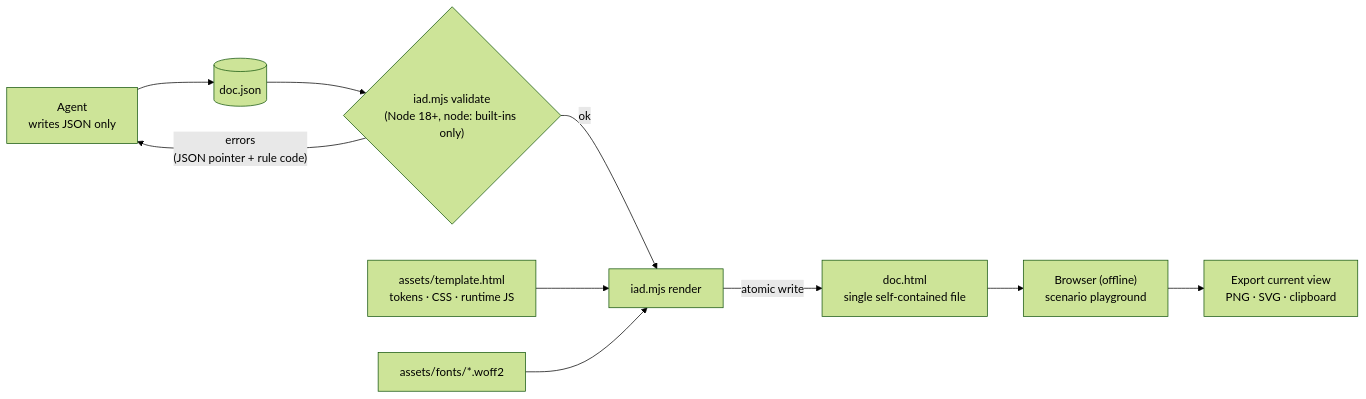
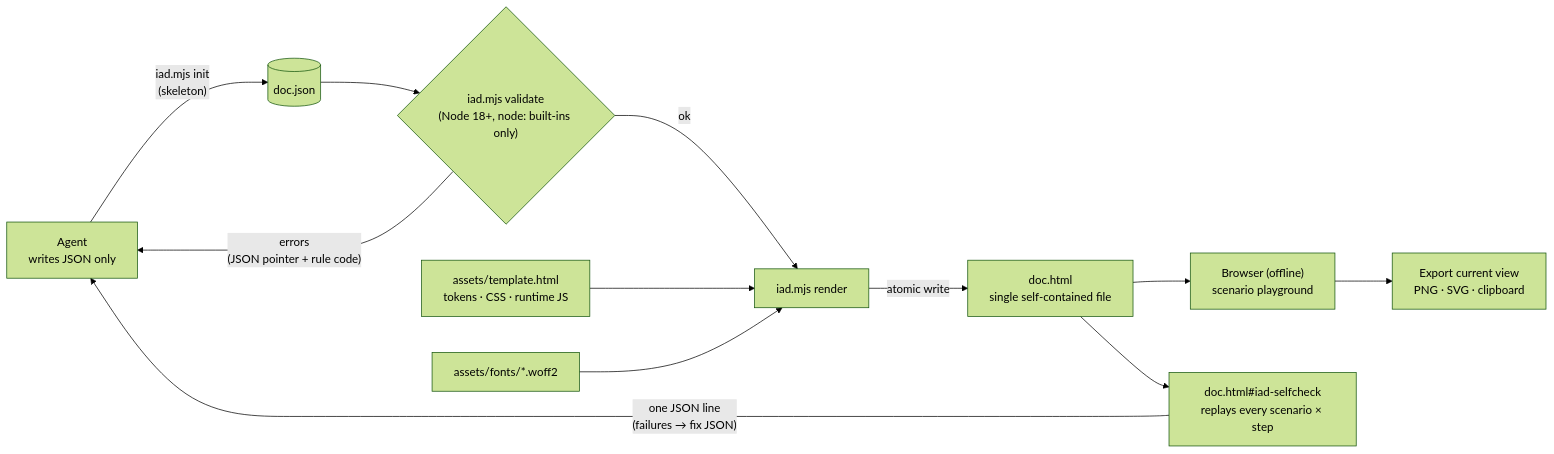
One commit to sunjae98/interactive-architecture-doc changed the diagram in README.md. Above: the diagram before and after it, drawn with Mermaid (forest theme). The commit also changed other lines of this file and 4 other files, not shown here.

````diff
--- a/README.md
+++ b/README.md
@@ -20,12 +20,14 @@
 ```mermaid
 flowchart LR
-    A["Agent<br/>writes JSON only"] --> J[("doc.json")]
+    A["Agent<br/>writes JSON only"] -- "iad.mjs init<br/>(skeleton)" --> J[("doc.json")]
     J --> V{"iad.mjs validate<br/>(Node 18+, node: built-ins only)"}
     V -- "errors<br/>(JSON pointer + rule code)" --> A
     V -- "ok" --> R["iad.mjs render"]
     T["assets/template.html<br/>tokens · CSS · runtime JS"] --> R
     F["assets/fonts/*.woff2"] --> R
     R -- "atomic write" --> H["doc.html<br/>single self-contained file"]
     H --> B["Browser (offline)<br/>scenario playground"]
     B --> E["Export current view<br/>PNG · SVG · clipboard"]
+    H --> S["doc.html#iad-selfcheck<br/>replays every scenario × step"]
+    S -- "one JSON line<br/>(failures → fix JSON)" --> A
 ```
````
